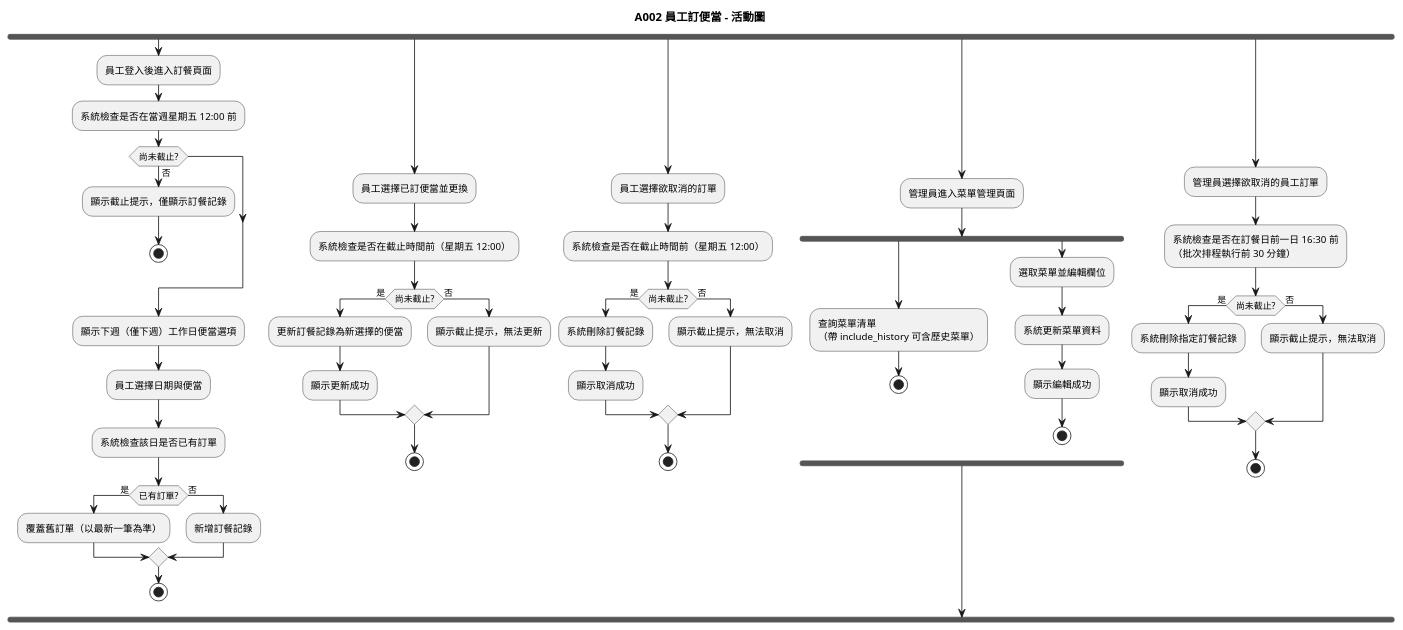
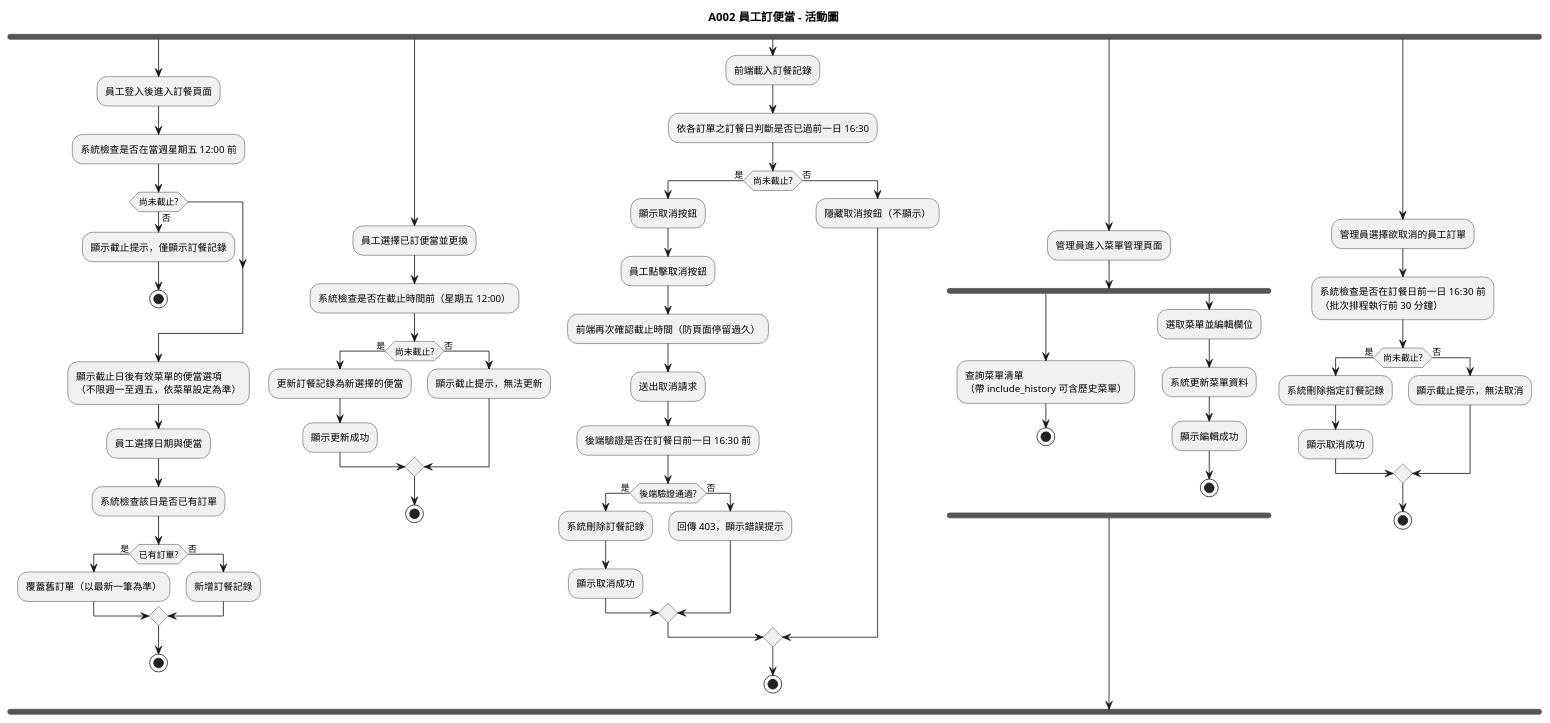
The diagram in output/A002/A002-activity.puml (teyhawzhe/bento-uml), drawn with PlantUML before and after one commit. The commit also changed 2 other files, not shown here.

```diff
--- a/output/A002/A002-activity.puml
+++ b/output/A002/A002-activity.puml
@@ -1,69 +1,78 @@
 @startuml A002-activity
 
 title A002 員工訂便當 - 活動圖
 
 fork
   :員工登入後進入訂餐頁面;
   :系統檢查是否在當週星期五 12:00 前;
   if (尚未截止?) then (否)
     :顯示截止提示，僅顯示訂餐記錄;
     stop
   endif
-  :顯示下週（僅下週）工作日便當選項;
+  :顯示截止日後有效菜單的便當選項\n（不限週一至週五，依菜單設定為準）;
   :員工選擇日期與便當;
   :系統檢查該日是否已有訂單;
   if (已有訂單?) then (是)
     :覆蓋舊訂單（以最新一筆為準）;
   else (否)
     :新增訂餐記錄;
   endif
   stop
 
 fork again
   :員工選擇已訂便當並更換;
   :系統檢查是否在截止時間前（星期五 12:00）;
   if (尚未截止?) then (是)
     :更新訂餐記錄為新選擇的便當;
     :顯示更新成功;
   else (否)
     :顯示截止提示，無法更新;
   endif
   stop
 
 fork again
-  :員工選擇欲取消的訂單;
-  :系統檢查是否在截止時間前（星期五 12:00）;
+  :前端載入訂餐記錄;
+  :依各訂單之訂餐日判斷是否已過前一日 16:30;
   if (尚未截止?) then (是)
-    :系統刪除訂餐記錄;
-    :顯示取消成功;
+    :顯示取消按鈕;
+    :員工點擊取消按鈕;
+    :前端再次確認截止時間（防頁面停留過久）;
+    :送出取消請求;
+    :後端驗證是否在訂餐日前一日 16:30 前;
+    if (後端驗證通過?) then (是)
+      :系統刪除訂餐記錄;
+      :顯示取消成功;
+    else (否)
+      :回傳 403，顯示錯誤提示;
+    endif
   else (否)
-    :顯示截止提示，無法取消;
+    :隱藏取消按鈕（不顯示）;
   endif
   stop
 
 fork again
   :管理員進入菜單管理頁面;
   fork
     :查詢菜單清單\n（帶 include_history 可含歷史菜單）;
     stop
   fork again
     :選取菜單並編輯欄位;
     :系統更新菜單資料;
     :顯示編輯成功;
     stop
   end fork
 
 fork again
   :管理員選擇欲取消的員工訂單;
   :系統檢查是否在訂餐日前一日 16:30 前\n（批次排程執行前 30 分鐘）;
   if (尚未截止?) then (是)
     :系統刪除指定訂餐記錄;
     :顯示取消成功;
   else (否)
     :顯示截止提示，無法取消;
   endif
   stop
 
 end fork
 
 @enduml
```
